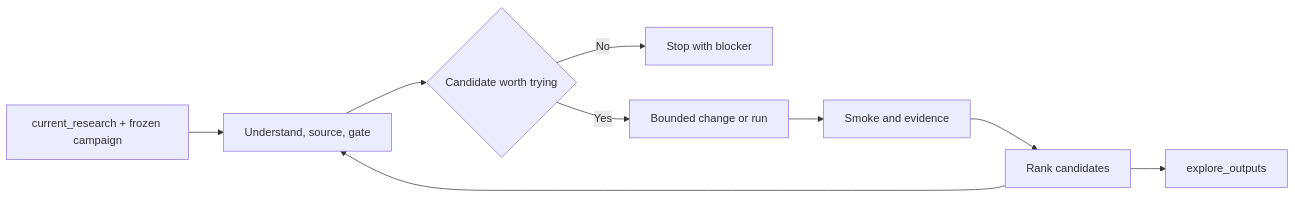
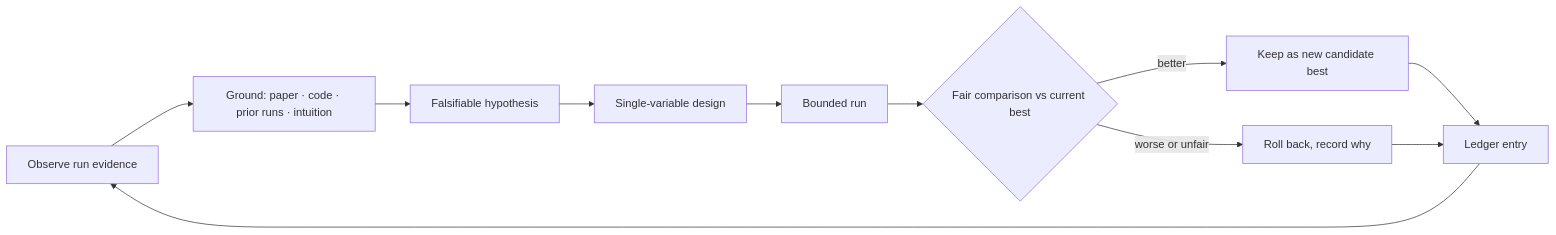
Before and after one commit to lllllllama/RigorPilot-Skills: the second of 2 diagrams in README.md, drawn with Mermaid. The commit also changed other lines of this file and 11 other files, not shown here.

````diff
--- a/README.md
+++ b/README.md
@@ -192,11 +195,13 @@
 ```mermaid
 flowchart LR
-    A[current_research + frozen campaign] --> B[Understand, source, gate]
-    B --> C{Candidate worth trying}
-    C -- No --> D[Stop with blocker]
-    C -- Yes --> E[Bounded change or run]
-    E --> F[Smoke and evidence]
-    F --> G[Rank candidates]
-    G --> H[explore_outputs]
-    G --> B
+    A[Observe run evidence] --> B[Ground: paper · code · prior runs · intuition]
+    B --> C[Falsifiable hypothesis]
+    C --> D[Single-variable design]
+    D --> E[Bounded run]
+    E --> F{Fair comparison vs current best}
+    F -- better --> G[Keep as new candidate best]
+    F -- worse or unfair --> H[Roll back, record why]
+    G --> I[Ledger entry]
+    H --> I
+    I --> A
 ```
````
